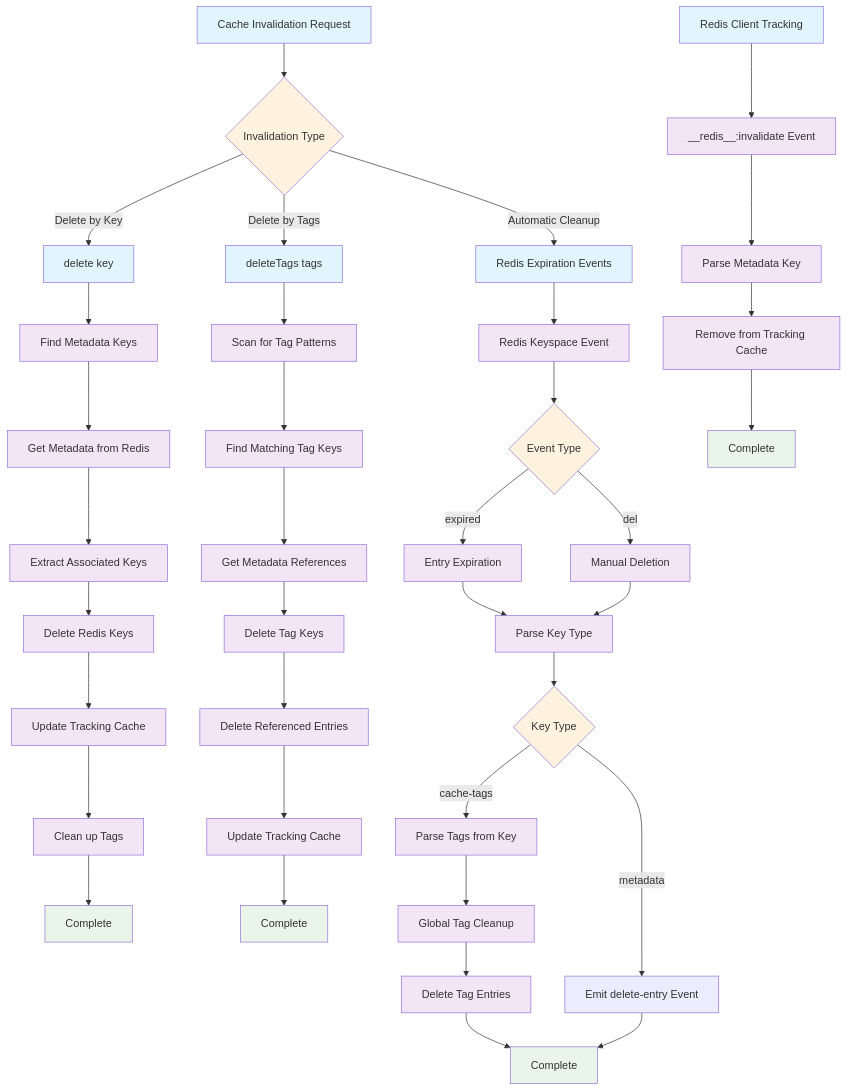
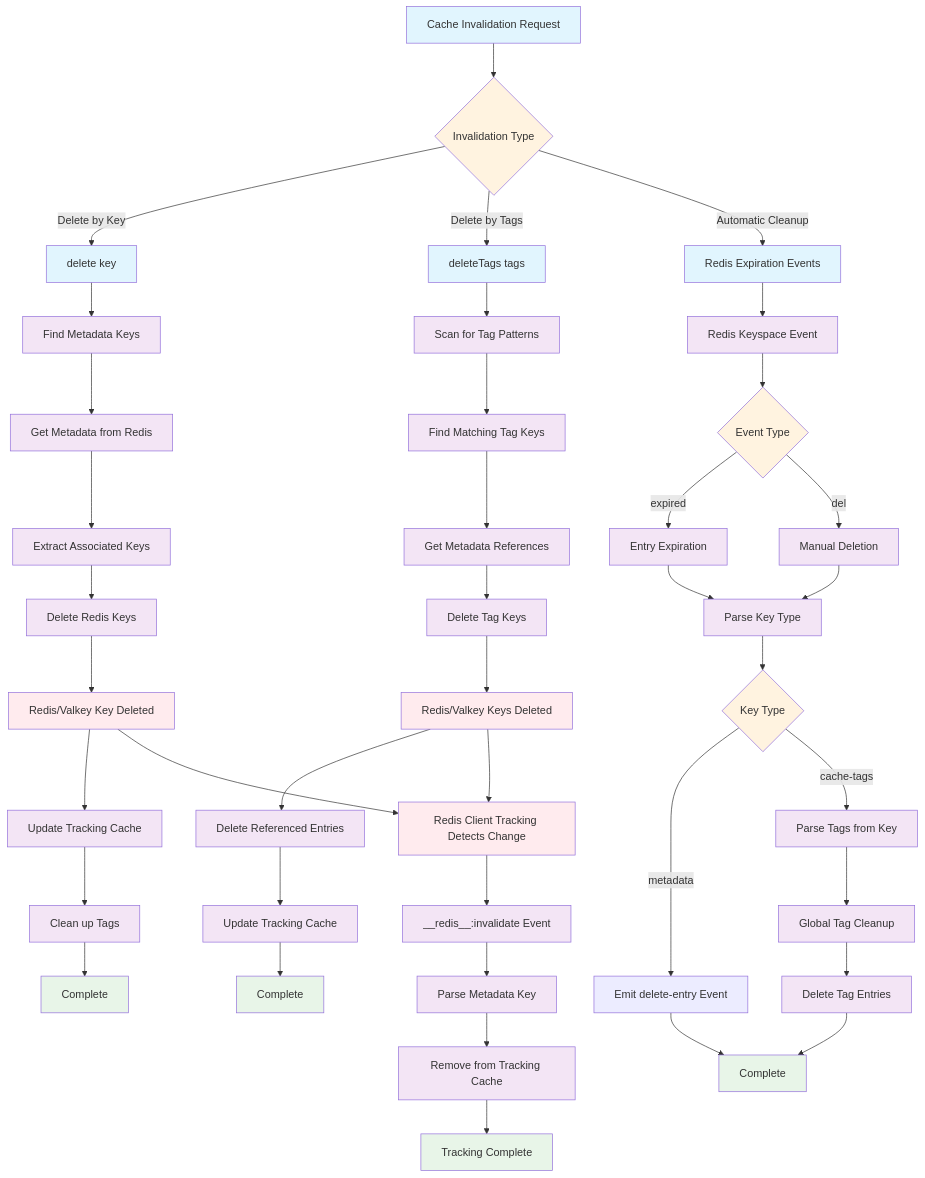
The diagram in README.md (platformatic/undici-cache-redis), drawn with Mermaid before and after one commit.

Commit message:
docs: enhance Mermaid diagram to show Redis tracking event flow
Update cache invalidation diagram to clearly illustrate how Redis/Valkey
key deletions trigger client-side tracking events, improving understanding
of the dual-layer caching architecture and event propagation flow.

````diff
--- a/README.md
+++ b/README.md
@@ -244,57 +244,63 @@
 ```mermaid
 flowchart TD
     A[Cache Invalidation Request] --> B{Invalidation Type}
     
     B -->|Delete by Key| C[delete key]
     B -->|Delete by Tags| D[deleteTags tags]
     B -->|Automatic Cleanup| E[Redis Expiration Events]
     
     C --> F[Find Metadata Keys]
     F --> G[Get Metadata from Redis]
     G --> H[Extract Associated Keys]
     H --> I[Delete Redis Keys]
-    I --> J[Update Tracking Cache]
+    I --> JJ[Redis/Valkey Key Deleted]
+    JJ --> J[Update Tracking Cache]
     J --> K[Clean up Tags]
     K --> L[Complete]
     
     D --> M[Scan for Tag Patterns]
     M --> N[Find Matching Tag Keys]
     N --> O[Get Metadata References]
     O --> P[Delete Tag Keys]
-    P --> Q[Delete Referenced Entries]
+    P --> PP[Redis/Valkey Keys Deleted]
+    PP --> Q[Delete Referenced Entries]
     Q --> R[Update Tracking Cache]
     R --> S[Complete]
     
     E --> T[Redis Keyspace Event]
     T --> U{Event Type}
     U -->|expired| V[Entry Expiration]
     U -->|del| W[Manual Deletion]
     
     V --> X[Parse Key Type]
     X --> Y{Key Type}
     Y -->|metadata| Z[Emit delete-entry Event]
     Y -->|cache-tags| AA[Parse Tags from Key]
     AA --> BB[Global Tag Cleanup]
     BB --> CC[Delete Tag Entries]
     CC --> DD[Complete]
     
     W --> X
     Z --> DD
     
-    %% Client-side tracking invalidation
-    EE[Redis Client Tracking] --> FF[__redis__:invalidate Event]
+    %% Client-side tracking invalidation triggered by Redis updates
+    JJ --> EE[Redis Client Tracking Detects Change]
+    PP --> EE
+    EE --> FF[__redis__:invalidate Event]
     FF --> GG[Parse Metadata Key]
     GG --> HH[Remove from Tracking Cache]
-    HH --> II[Complete]
+    HH --> II[Tracking Complete]
     
     %% Styling
     classDef primary fill:#e1f5fe
     classDef process fill:#f3e5f5
     classDef decision fill:#fff3e0
     classDef complete fill:#e8f5e8
+    classDef redis fill:#ffebee
     
-    class A,C,D,E,EE primary
+    class A,C,D,E primary
     class F,G,H,I,J,K,M,N,O,P,Q,R,T,V,W,X,AA,BB,CC,FF,GG,HH process
     class B,U,Y decision
     class L,S,DD,II complete
+    class JJ,PP,EE redis
 ```
````
